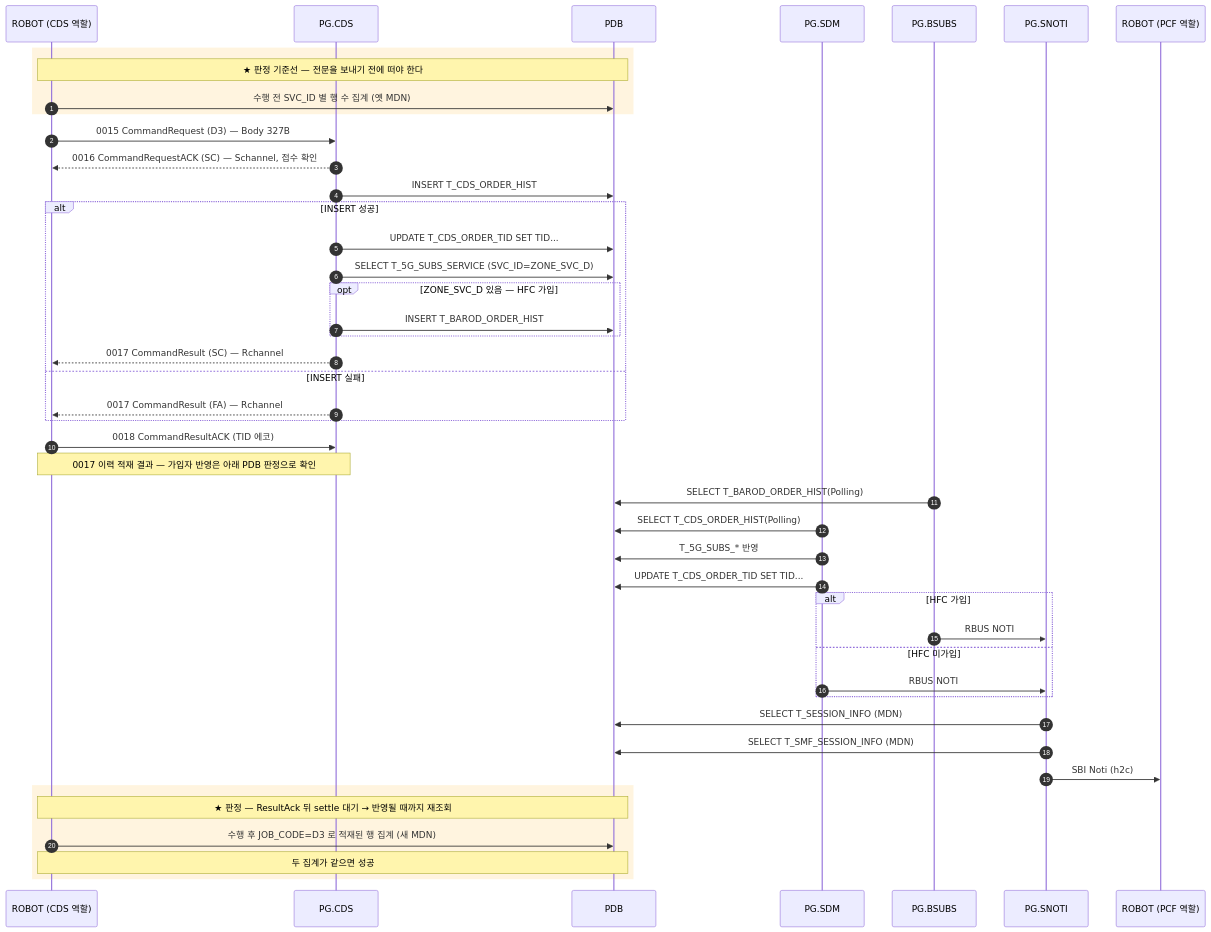
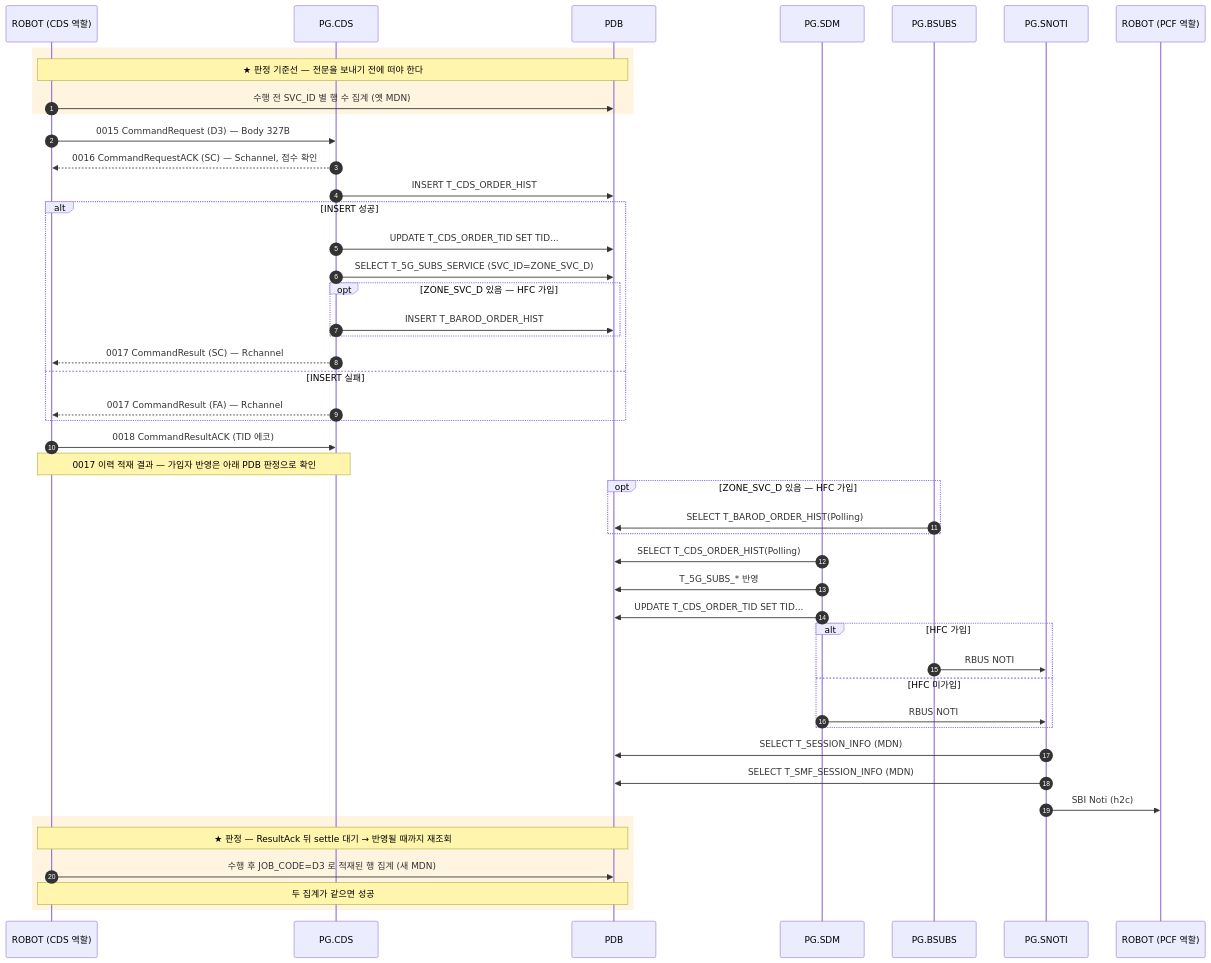
One commit to IanKim2030/tc4robot changed the diagram in docs/callflow/CDS_D3.md. Above: the diagram before and after it, drawn with Mermaid. The commit also changed 4 other files, not shown here.

First line of the commit message:
docs: BSUBS 처리도 HFC 조건 안으로 (Z1 + C1/G1/D3)

````diff
--- a/docs/callflow/CDS_D3.md
+++ b/docs/callflow/CDS_D3.md
@@ -17,49 +17,51 @@
 ```mermaid
 sequenceDiagram
     autonumber
     participant TOOL as ROBOT (CDS 역할)
     participant PCDS as PG.CDS
     participant PDB as PDB
     participant SDM as PG.SDM
     participant BSUBS as PG.BSUBS
     participant SNOTI as PG.SNOTI
     participant PCF as ROBOT (PCF 역할)
 
     rect rgba(255, 176, 32, 0.14)
     Note over TOOL,PDB: ★ 판정 기준선 — 전문을 보내기 전에 떠야 한다
         TOOL->>PDB: 수행 전 SVC_ID 별 행 수 집계 (옛 MDN)
     end
     TOOL->>PCDS: 0015 CommandRequest (D3) — Body 327B
     PCDS-->>TOOL: 0016 CommandRequestACK (SC) — Schannel, 접수 확인
     PCDS->>PDB: INSERT T_CDS_ORDER_HIST
     alt INSERT 성공
         PCDS->>PDB: UPDATE T_CDS_ORDER_TID SET TID...
         PCDS->>PDB: SELECT T_5G_SUBS_SERVICE (SVC_ID=ZONE_SVC_D)
         opt ZONE_SVC_D 있음 — HFC 가입
             PCDS->>PDB: INSERT T_BAROD_ORDER_HIST
         end
         PCDS-->>TOOL: 0017 CommandResult (SC) — Rchannel
     else INSERT 실패
         PCDS-->>TOOL: 0017 CommandResult (FA) — Rchannel
     end
     TOOL->>PCDS: 0018 CommandResultACK (TID 에코)
     Note over TOOL,PCDS: 0017 이력 적재 결과 — 가입자 반영은 아래 PDB 판정으로 확인
 
-    BSUBS->>PDB: SELECT T_BAROD_ORDER_HIST(Polling)
+    opt ZONE_SVC_D 있음 — HFC 가입
+        BSUBS->>PDB: SELECT T_BAROD_ORDER_HIST(Polling)
+    end
     SDM->>PDB: SELECT T_CDS_ORDER_HIST(Polling)
     SDM->>PDB: T_5G_SUBS_* 반영
     SDM->>PDB: UPDATE T_CDS_ORDER_TID SET TID...
     alt HFC 가입
         BSUBS->>SNOTI: RBUS NOTI
     else HFC 미가입
         SDM->>SNOTI: RBUS NOTI
     end
     SNOTI->>PDB: SELECT T_SESSION_INFO (MDN)
     SNOTI->>PDB: SELECT T_SMF_SESSION_INFO (MDN)
     SNOTI->>PCF: SBI Noti (h2c)
     rect rgba(255, 176, 32, 0.14)
     Note over TOOL,PDB: ★ 판정 — ResultAck 뒤 settle 대기 → 반영될 때까지 재조회
         TOOL->>PDB: 수행 후 JOB_CODE=D3 로 적재된 행 집계 (새 MDN)
         Note over TOOL,PDB: 두 집계가 같으면 성공
     end
 ```
````
